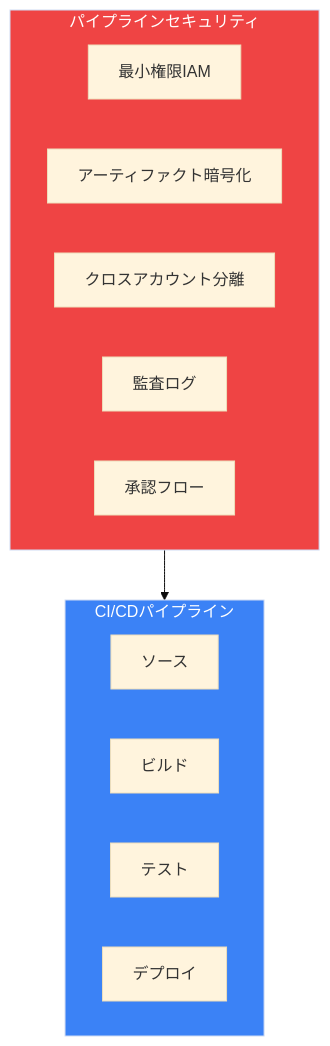
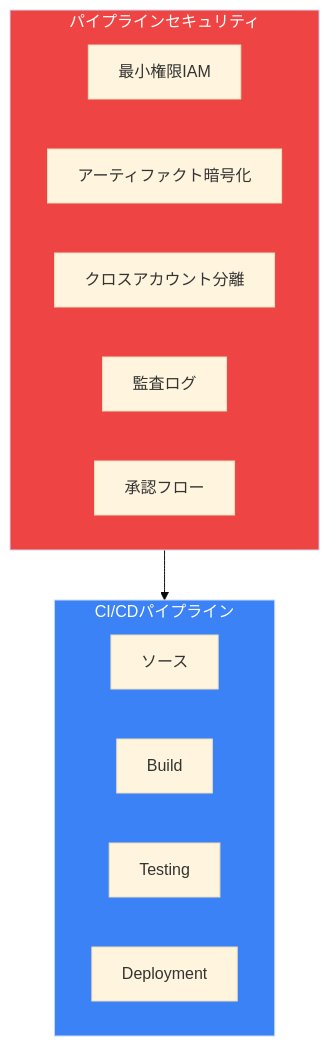
Before and after one commit to shunkus/shunku.net: the first of 3 diagrams in content/blog/ja/aws-pipeline-security.md, drawn with Mermaid (base theme). The commit also changed other lines of this file and 56 other files, not shown here.

````diff
--- a/content/blog/ja/aws-pipeline-security.md
+++ b/content/blog/ja/aws-pipeline-security.md
@@ -13,22 +13,22 @@
 ```mermaid
 flowchart TB
     subgraph Security["パイプラインセキュリティ"]
         IAM["最小権限IAM"]
         Encryption["アーティファクト暗号化"]
         CrossAccount["クロスアカウント分離"]
         Audit["監査ログ"]
         Approval["承認フロー"]
     end
 
     subgraph Pipeline["CI/CDパイプライン"]
         Source["ソース"]
-        Build["ビルド"]
-        Test["テスト"]
-        Deploy["デプロイ"]
+        Build["Build"]
+        Test["Testing"]
+        Deploy["Deployment"]
     end
 
     Security --> Pipeline
 
     style Security fill:#ef4444,color:#fff
     style Pipeline fill:#3b82f6,color:#fff
 ```
````
